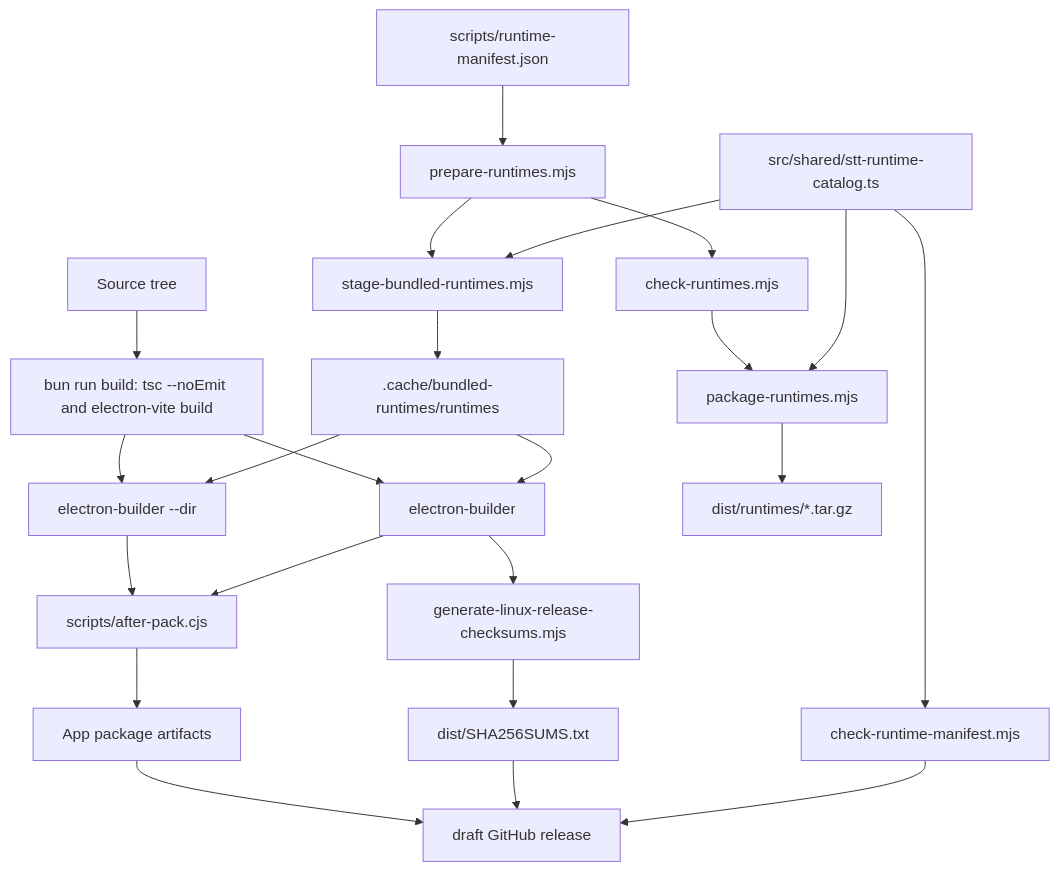
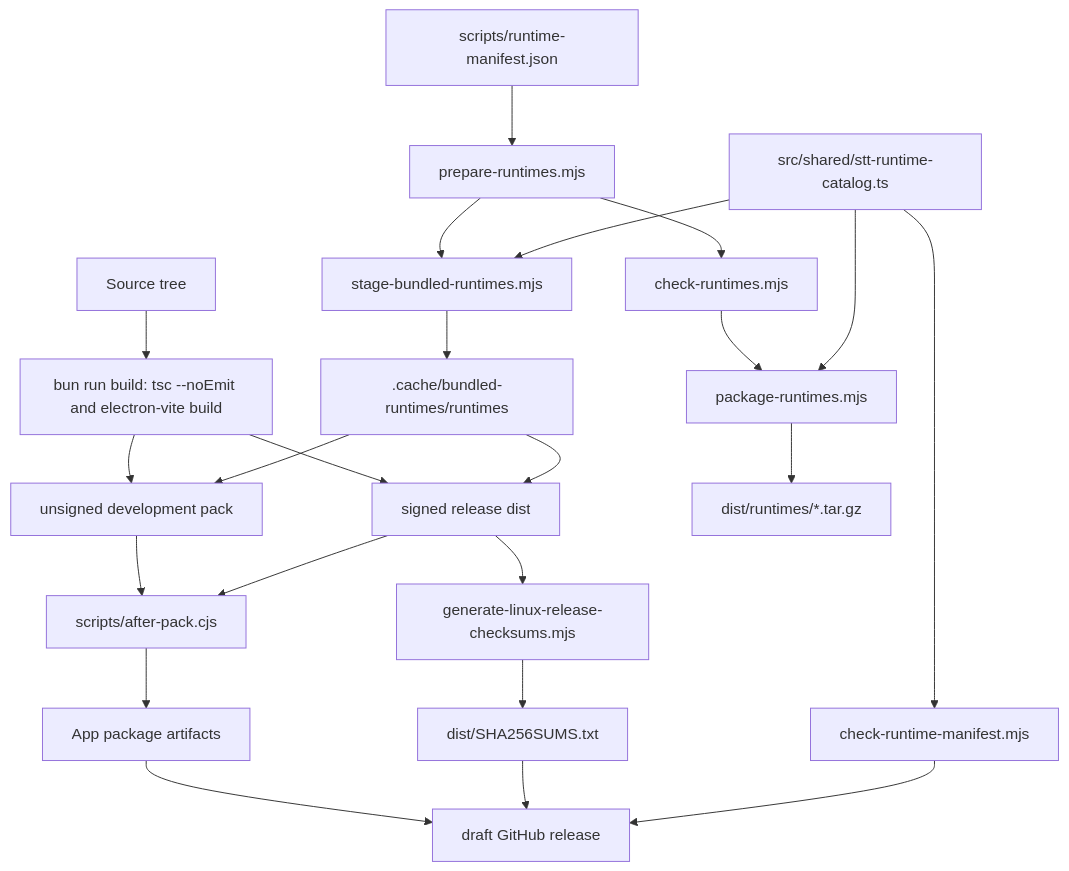
Before and after one commit to strxnd/murmur: the diagram in docs/development/release-and-packaging.md, drawn with Mermaid. The commit also changed other lines of this file and 20 other files, not shown here.

Commit message:
Harden macOS development and release integration

````diff
--- a/docs/development/release-and-packaging.md
+++ b/docs/development/release-and-packaging.md
@@ -5,35 +5,35 @@
 ```mermaid
 flowchart TD
   Source["Source tree"]
   Build["bun run build: tsc --noEmit and electron-vite build"]
-  Pack["electron-builder --dir"]
-  Dist["electron-builder"]
+  Pack["unsigned development pack"]
+  Dist["signed release dist"]
   AfterPack["scripts/after-pack.cjs"]
   AppArtifacts["App package artifacts"]
   Checksums["generate-linux-release-checksums.mjs"]
   Sha256Sums["dist/SHA256SUMS.txt"]
   DraftRelease["draft GitHub release"]
 
   RuntimeManifest["scripts/runtime-manifest.json"]
   Prepare["prepare-runtimes.mjs"]
   Stage["stage-bundled-runtimes.mjs"]
   Doctor["check-runtimes.mjs"]
   PackageRuntime["package-runtimes.mjs"]
   ManifestCheck["check-runtime-manifest.mjs"]
   RuntimeCatalog["src/shared/stt-runtime-catalog.ts"]
   RuntimeArchives["dist/runtimes/*.tar.gz"]
   BundledRuntimes[".cache/bundled-runtimes/runtimes"]
 
   Source --> Build --> Pack --> AfterPack --> AppArtifacts
   Build --> Dist --> AfterPack
   Dist --> Checksums --> Sha256Sums
   AppArtifacts --> DraftRelease
   Sha256Sums --> DraftRelease
   Prepare --> Stage --> BundledRuntimes --> Pack
   BundledRuntimes --> Dist
   RuntimeManifest --> Prepare --> Doctor --> PackageRuntime --> RuntimeArchives
   RuntimeCatalog --> PackageRuntime
   RuntimeCatalog --> ManifestCheck
   ManifestCheck --> DraftRelease
   RuntimeCatalog --> Stage
 ```
````
